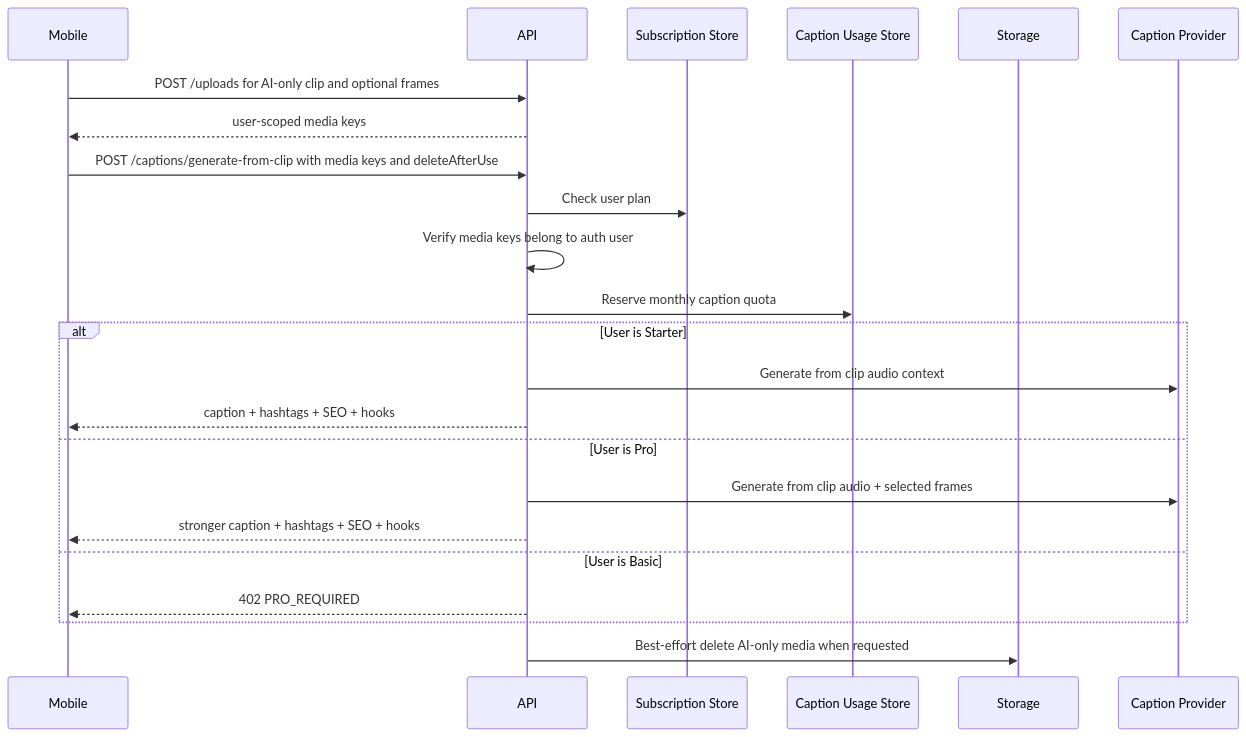
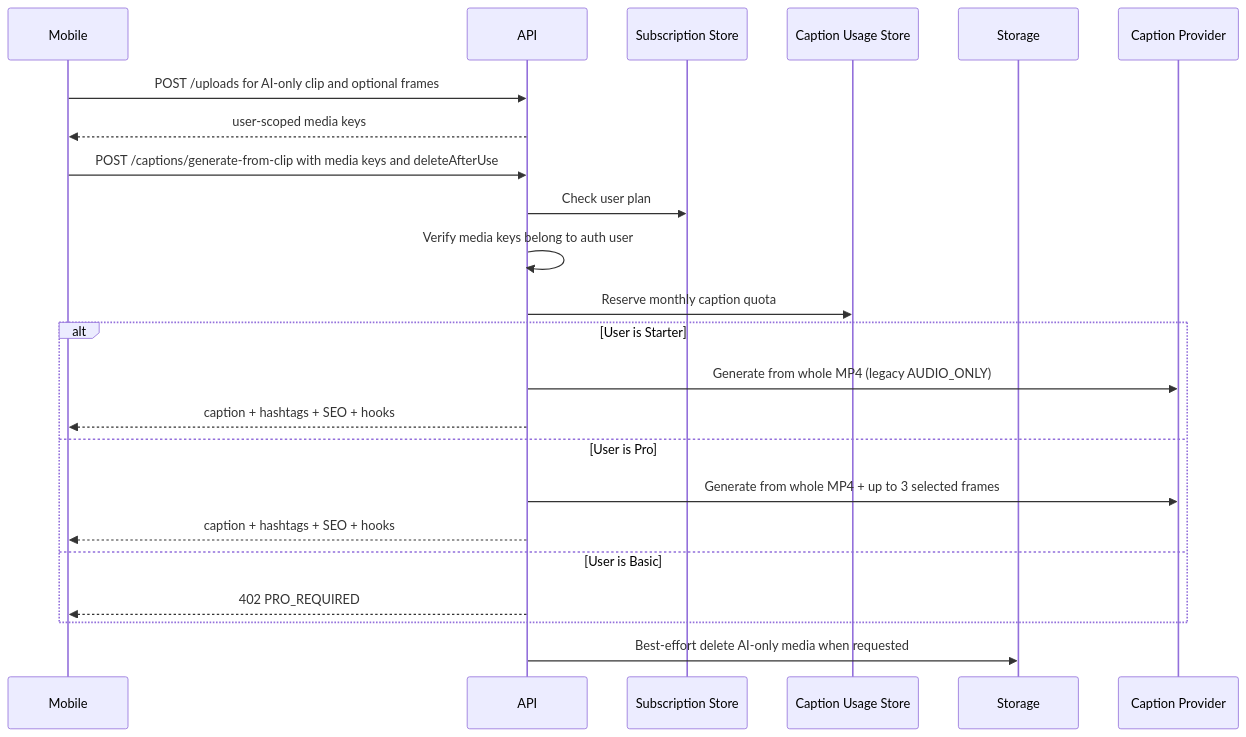
Before and after one commit to NOI56/PostDeeMobile: the fifth of 8 diagrams in ARCHITECTURE.md, drawn with Mermaid. The commit also changed other lines of this file and 12 other files, not shown here.

````diff
--- a/ARCHITECTURE.md
+++ b/ARCHITECTURE.md
@@ -1050,26 +1050,26 @@
 ```mermaid
 sequenceDiagram
   participant M as Mobile
   participant A as API
   participant Sub as Subscription Store
   participant Usage as Caption Usage Store
   participant S as Storage
   participant AI as Caption Provider
 
   M->>A: POST /uploads for AI-only clip and optional frames
   A-->>M: user-scoped media keys
   M->>A: POST /captions/generate-from-clip with media keys and deleteAfterUse
   A->>Sub: Check user plan
   A->>A: Verify media keys belong to auth user
   A->>Usage: Reserve monthly caption quota
   alt User is Starter
-    A->>AI: Generate from clip audio context
+    A->>AI: Generate from whole MP4 (legacy AUDIO_ONLY)
     A-->>M: caption + hashtags + SEO + hooks
   else User is Pro
-    A->>AI: Generate from clip audio + selected frames
-    A-->>M: stronger caption + hashtags + SEO + hooks
+    A->>AI: Generate from whole MP4 + up to 3 selected frames
+    A-->>M: caption + hashtags + SEO + hooks
   else User is Basic
     A-->>M: 402 PRO_REQUIRED
   end
   A->>S: Best-effort delete AI-only media when requested
 ```
````
